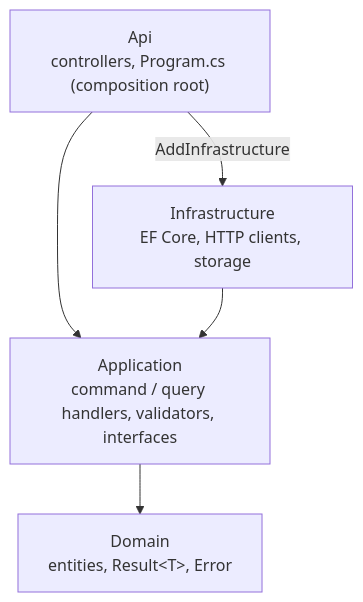
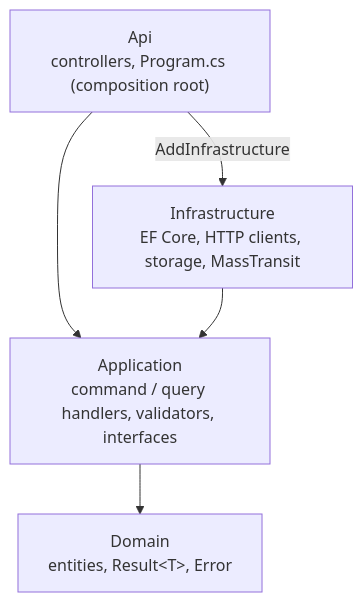
Before and after one commit to hunglu/WordBuddy: the second of 3 diagrams in docs/architecture.md, drawn with Mermaid. The commit also changed other lines of this file and 65 other files, not shown here.

````diff
--- a/docs/architecture.md
+++ b/docs/architecture.md
@@ -31,7 +33,7 @@
 ```mermaid
 flowchart TB
     API["Api<br/>controllers, Program.cs (composition root)"] --> APP["Application<br/>command / query handlers, validators, interfaces"]
     APP --> DOM["Domain<br/>entities, Result&lt;T&gt;, Error"]
-    INF["Infrastructure<br/>EF Core, HTTP clients, storage"] --> APP
+    INF["Infrastructure<br/>EF Core, HTTP clients, storage, MassTransit"] --> APP
     API -->|AddInfrastructure| INF
 ```
````
